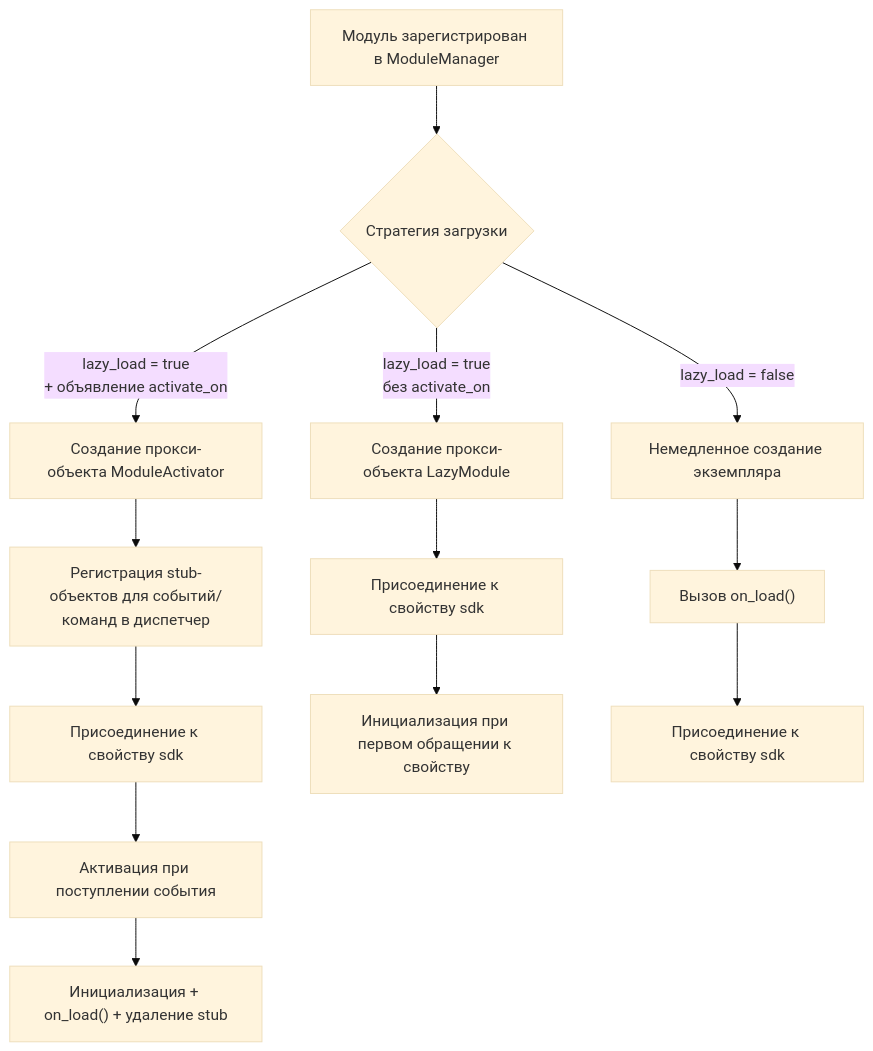
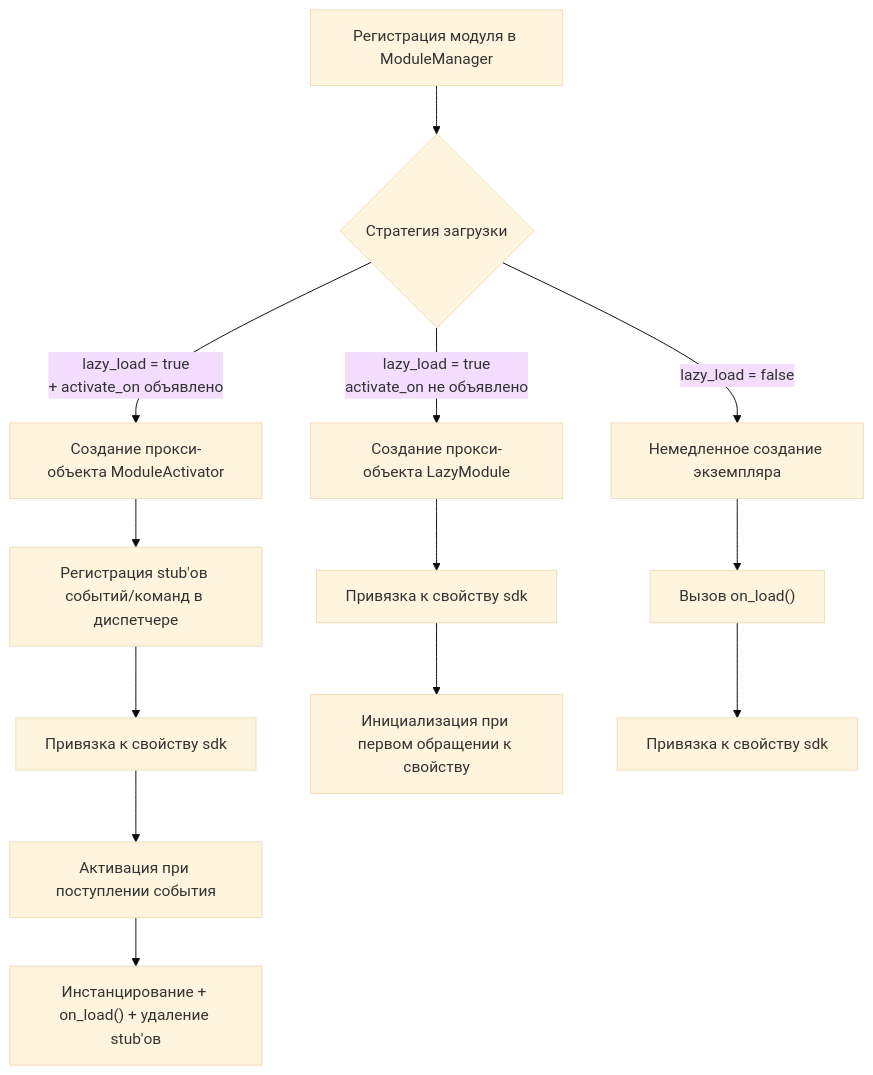
Before and after one commit to ErisPulse/ErisPulse: the sixth of 10 diagrams in docs/ru/architecture.md, drawn with Mermaid (base theme). The commit also changed other lines of this file and 828 other files, not shown here.

````diff
--- a/docs/ru/architecture.md
+++ b/docs/ru/architecture.md
@@ -196,15 +200,15 @@
 ```mermaid
 flowchart TD
-    A["Модуль зарегистрирован в ModuleManager"] --> B{"Стратегия загрузки"}
-    B -->|"lazy_load = true<br/>+ объявление activate_on"| C["Создание прокси-объекта ModuleActivator"]
-    B -->|"lazy_load = true<br/>без activate_on"| D["Создание прокси-объекта LazyModule"]
+    A["Регистрация модуля в ModuleManager"] --> B{"Стратегия загрузки"}
+    B -->|"lazy_load = true<br/>+ activate_on объявлено"| C["Создание прокси-объекта ModuleActivator"]
+    B -->|"lazy_load = true<br/>activate_on не объявлено"| D["Создание прокси-объекта LazyModule"]
     B -->|"lazy_load = false"| E["Немедленное создание экземпляра"]
-    C --> F["Регистрация stub-объектов для событий/команд в диспетчер"]
-    F --> G["Присоединение к свойству sdk"]
+    C --> F["Регистрация stub'ов событий/команд в диспетчере"]
+    F --> G["Привязка к свойству sdk"]
     G --> H["Активация при поступлении события"]
-    H --> I["Инициализация + on_load() + удаление stub"]
-    D --> J["Присоединение к свойству sdk"]
+    H --> I["Инстанцирование + on_load() + удаление stub'ов"]
+    D --> J["Привязка к свойству sdk"]
     J --> K["Инициализация при первом обращении к свойству"]
     E --> L["Вызов on_load()"]
-    L --> M["Присоединение к свойству sdk"]
+    L --> M["Привязка к свойству sdk"]
 ```
````
